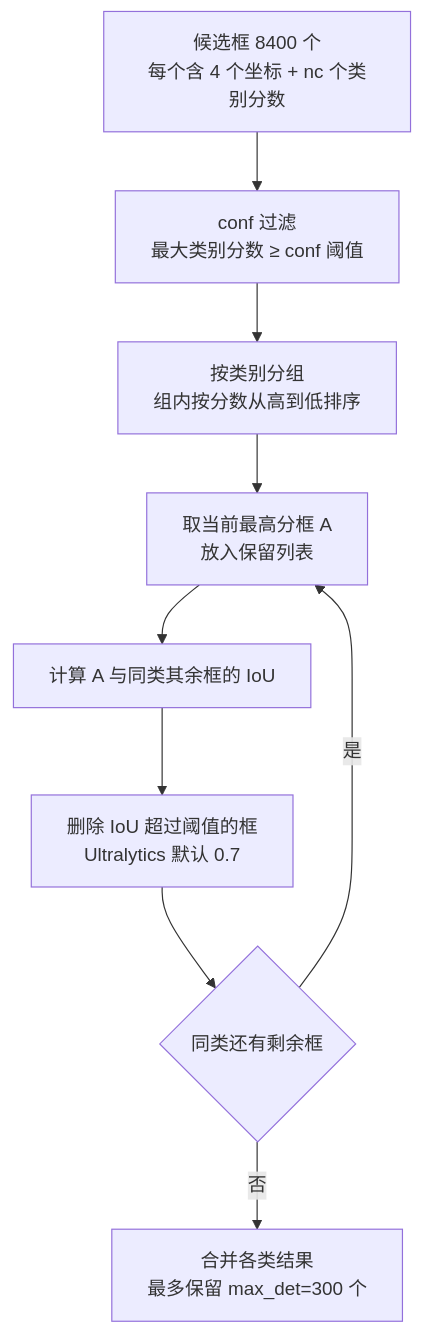
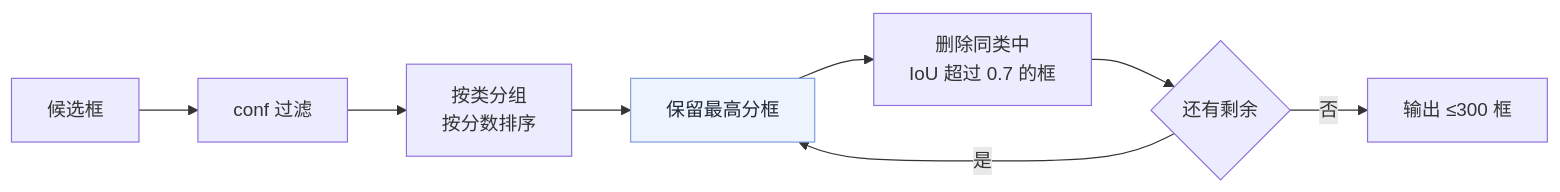
The diagram in 00_Practice_UAV_Aerial_Detection/Learning_Notes/assets/01_YOLO_Research_Core/01_yolo_nms.mmd (cheerhin-yi/Doctoral-Research-Outline), drawn with Mermaid before and after one commit. The commit also changed 35 other files, not shown here.

```diff
--- a/00_Practice_UAV_Aerial_Detection/Learning_Notes/assets/01_YOLO_Research_Core/01_yolo_nms.mmd
+++ b/00_Practice_UAV_Aerial_Detection/Learning_Notes/assets/01_YOLO_Research_Core/01_yolo_nms.mmd
@@ -1,9 +1,10 @@
-flowchart TD
-    A["候选框 8400 个<br/>每个含 4 个坐标 + nc 个类别分数"] --> B["conf 过滤<br/>最大类别分数 ≥ conf 阈值"]
-    B --> C["按类别分组<br/>组内按分数从高到低排序"]
-    C --> D["取当前最高分框 A<br/>放入保留列表"]
-    D --> E["计算 A 与同类其余框的 IoU"]
-    E --> F["删除 IoU 超过阈值的框<br/>Ultralytics 默认 0.7"]
-    F --> G{"同类还有剩余框"}
+flowchart LR
+    A["候选框"] --> B["conf 过滤"]
+    B --> C["按类分组<br/>按分数排序"]
+    C --> D["保留最高分框"]
+    D --> E["删除同类中<br/>IoU 超过 0.7 的框"]
+    E --> G{"还有剩余"}
     G -->|"是"| D
-    G -->|"否"| H["合并各类结果<br/>最多保留 max_det=300 个"]
+    G -->|"否"| H["输出 ≤300 框"]
+    classDef acc fill:#eef4ff,stroke:#7c9fdc,color:#1f2937
+    class D acc
```
